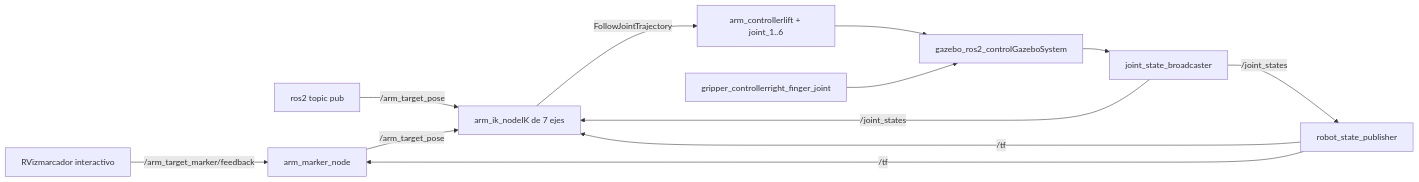
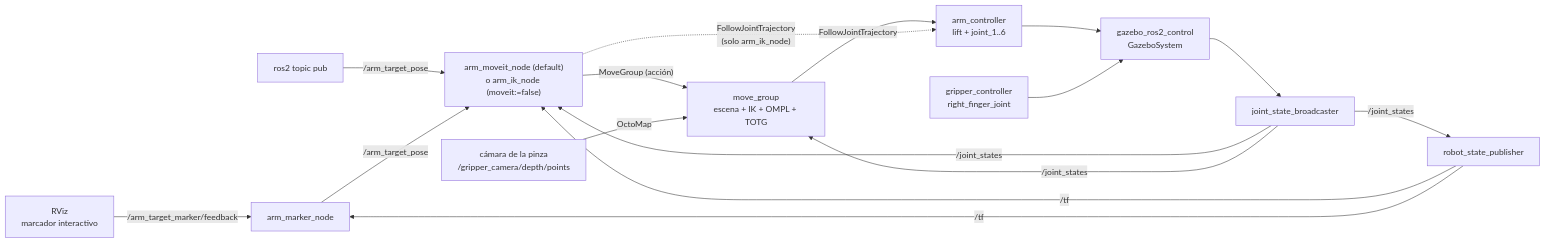
Before and after one commit to Ivan1721/milo_ws: the first of 3 diagrams in docs/informe/README.md, drawn with Mermaid. The commit also changed other lines of this file and 27 other files, not shown here.

````diff
--- a/docs/informe/README.md
+++ b/docs/informe/README.md
@@ -813,15 +815,19 @@
 ```mermaid
 flowchart LR
-  RV["RVizmarcador interactivo"] -- "/arm_target_marker/feedback" --> MK["arm_marker_node"]
+  RV["RViz<br/>marcador interactivo"] -- "/arm_target_marker/feedback" --> MK["arm_marker_node"]
   CLI["ros2 topic pub"] -- "/arm_target_pose" --> IK
-  MK -- "/arm_target_pose" --> IK["arm_ik_nodeIK de 7 ejes"]
-  IK -- "FollowJointTrajectory" --> AC["arm_controllerlift + joint_1..6"]
-  GC["gripper_controllerright_finger_joint"]
-  AC --> HW["gazebo_ros2_controlGazeboSystem"]
+  MK -- "/arm_target_pose" --> IK["arm_moveit_node (default)<br/>o arm_ik_node (moveit:=false)"]
+  IK -- "MoveGroup (acción)" --> MG["move_group<br/>escena + IK + OMPL + TOTG"]
+  MG -- "FollowJointTrajectory" --> AC["arm_controller<br/>lift + joint_1..6"]
+  IK -. "FollowJointTrajectory<br/>(solo arm_ik_node)" .-> AC
+  CAM["cámara de la pinza<br/>/gripper_camera/depth/points"] -- "OctoMap" --> MG
+  GC["gripper_controller<br/>right_finger_joint"]
+  AC --> HW["gazebo_ros2_control<br/>GazeboSystem"]
   GC --> HW
   HW --> JSB["joint_state_broadcaster"]
   JSB -- "/joint_states" --> IK
+  JSB -- "/joint_states" --> MG
   JSB -- "/joint_states" --> RSP["robot_state_publisher"]
   RSP -- "/tf" --> IK
   RSP -- "/tf" --> MK
 ```
````
